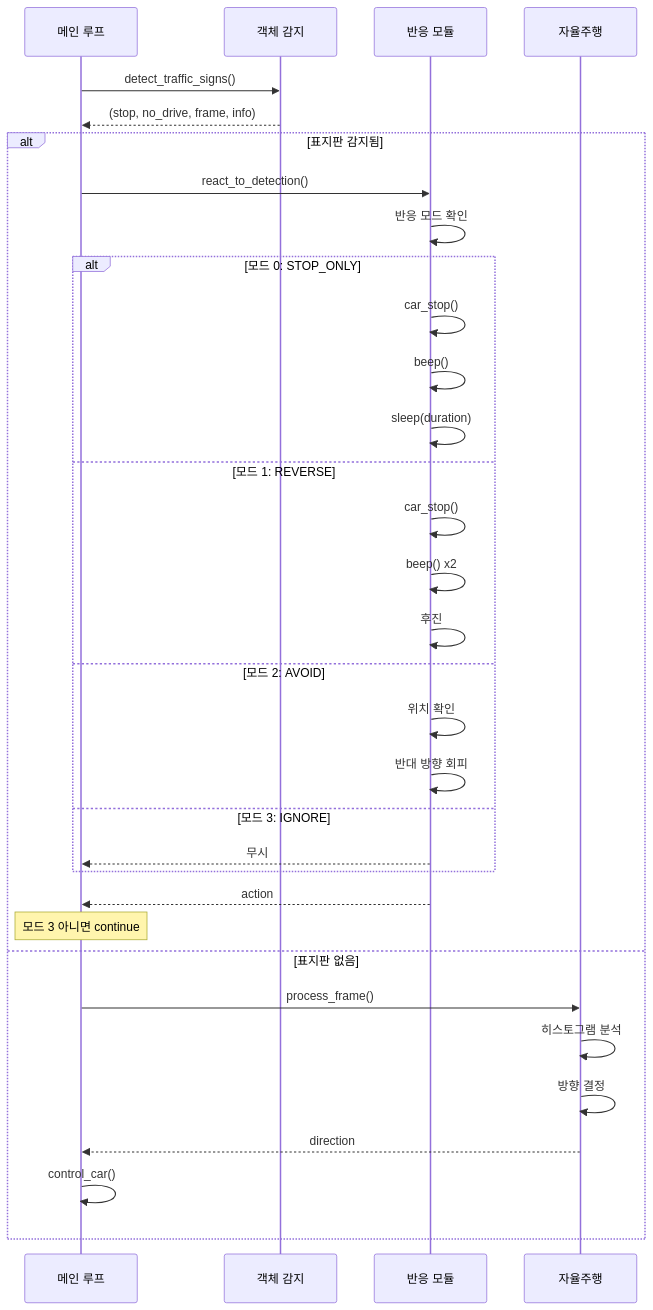
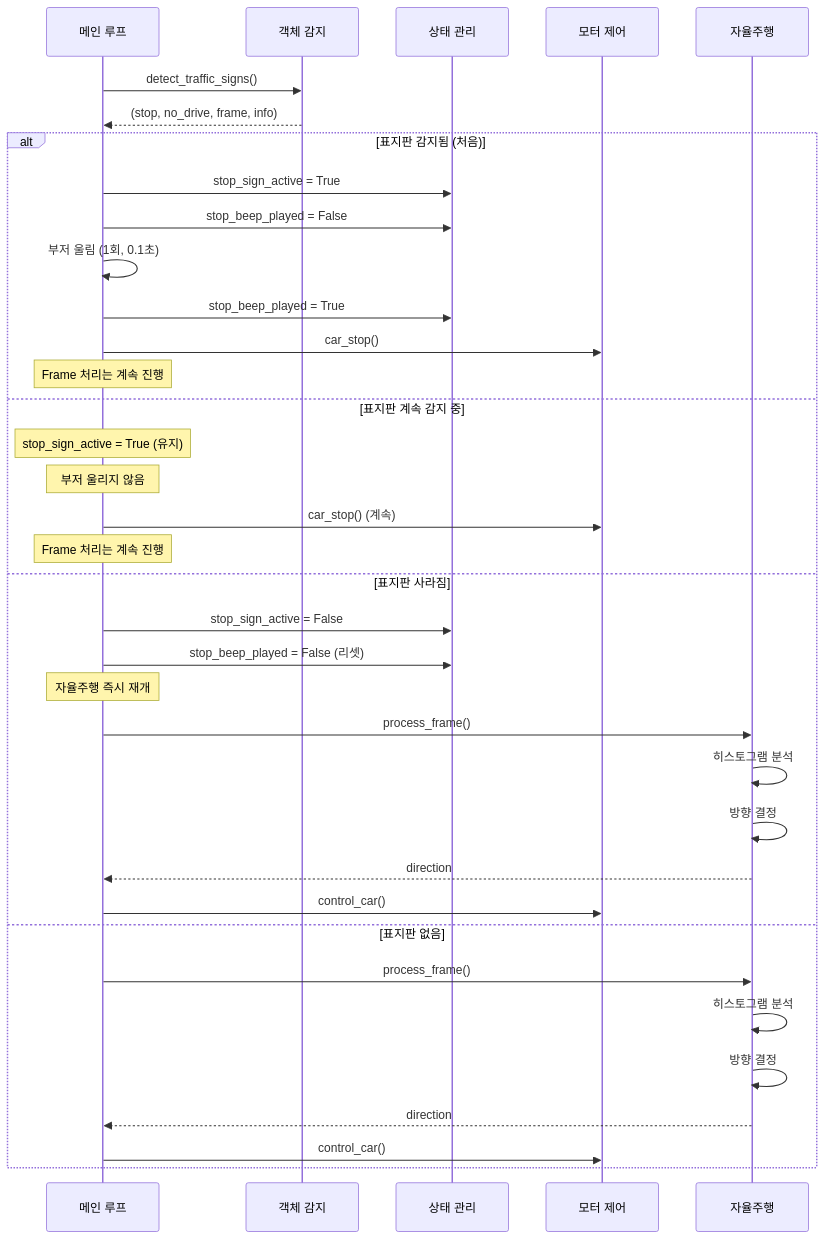
Before and after one commit to Collegenie-X/Raspbot-v2-self-driving-car: the fourth of 13 diagrams in 04_cascade/3_2_AUTOPLOT_HAARCASCADE_가이드.md, drawn with Mermaid. The commit also changed other lines of this file and 175 other files, not shown here.

````diff
--- a/04_cascade/3_2_AUTOPLOT_HAARCASCADE_가이드.md
+++ b/04_cascade/3_2_AUTOPLOT_HAARCASCADE_가이드.md
@@ -224,39 +308,40 @@
 ```mermaid
 sequenceDiagram
     participant Main as 메인 루프
     participant Detect as 객체 감지
-    participant React as 반응 모듈
+    participant State as 상태 관리
+    participant Motor as 모터 제어
     participant AutoDrive as 자율주행
     
     Main->>Detect: detect_traffic_signs()
     Detect-->>Main: (stop, no_drive, frame, info)
     
-    alt 표지판 감지됨
-        Main->>React: react_to_detection()
-        React->>React: 반응 모드 확인
-        
-        alt 모드 0: STOP_ONLY
-            React->>React: car_stop()
-            React->>React: beep()
-            React->>React: sleep(duration)
-        else 모드 1: REVERSE
-            React->>React: car_stop()
-            React->>React: beep() x2
-            React->>React: 후진
-        else 모드 2: AVOID
-            React->>React: 위치 확인
-            React->>React: 반대 방향 회피
-        else 모드 3: IGNORE
-            React-->>Main: 무시
-        end
-        
-        React-->>Main: action
-        Note over Main: 모드 3 아니면 continue
+    alt 표지판 감지됨 (처음)
+        Main->>State: stop_sign_active = True
+        Main->>State: stop_beep_played = False
+        Main->>Main: 부저 울림 (1회, 0.1초)
+        Main->>State: stop_beep_played = True
+        Main->>Motor: car_stop()
+        Note over Main: Frame 처리는 계속 진행
+    else 표지판 계속 감지 중
+        Note over Main: stop_sign_active = True (유지)
+        Note over Main: 부저 울리지 않음
+        Main->>Motor: car_stop() (계속)
+        Note over Main: Frame 처리는 계속 진행
+    else 표지판 사라짐
+        Main->>State: stop_sign_active = False
+        Main->>State: stop_beep_played = False (리셋)
+        Note over Main: 자율주행 즉시 재개
+        Main->>AutoDrive: process_frame()
+        AutoDrive->>AutoDrive: 히스토그램 분석
+        AutoDrive->>AutoDrive: 방향 결정
+        AutoDrive-->>Main: direction
+        Main->>Motor: control_car()
     else 표지판 없음
         Main->>AutoDrive: process_frame()
         AutoDrive->>AutoDrive: 히스토그램 분석
         AutoDrive->>AutoDrive: 방향 결정
         AutoDrive-->>Main: direction
-        Main->>Main: control_car()
+        Main->>Motor: control_car()
     end
 ```
````
